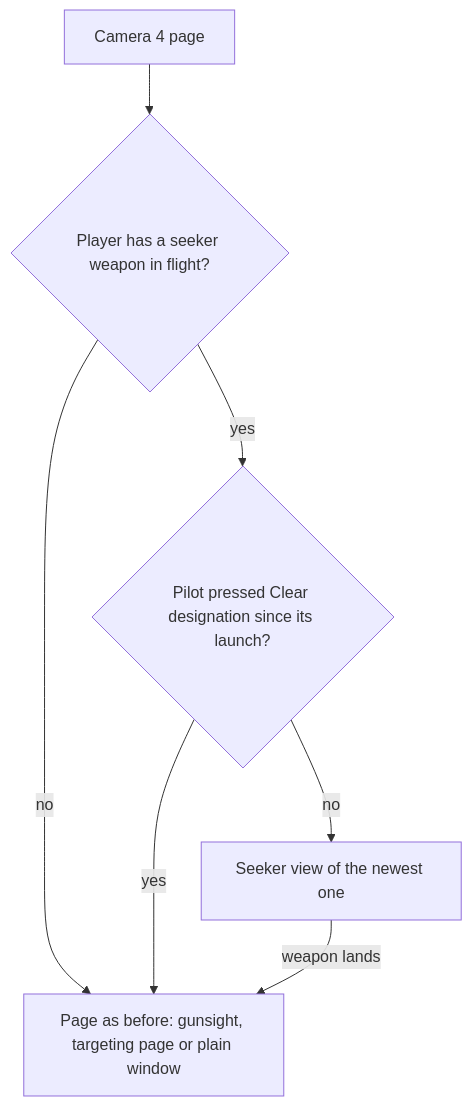
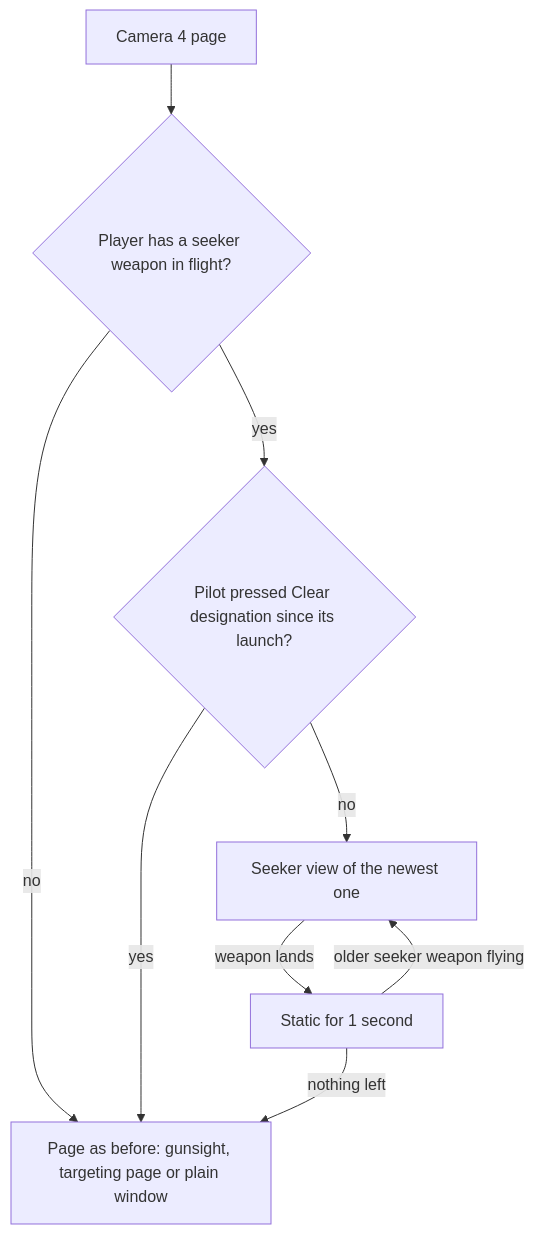
The fourth of 4 diagrams in docs/spec/target-window.md (john-overton/T.O.R.E-Fighters), drawn with Mermaid before and after one commit. The commit also changed other lines of this file and 6 other files, not shown here.

First line of the commit message:
Seeker view: four-bar crosshair, laser bombs, a second of static at the end

````diff
--- a/docs/spec/target-window.md
+++ b/docs/spec/target-window.md
@@ -475,9 +510,11 @@
 ```mermaid
 flowchart TD
     A[Camera 4 page] --> W{Player has a seeker weapon in flight?}
     W -->|no| N[Page as before: gunsight, targeting page or plain window]
     W -->|yes| C{Pilot pressed Clear designation since its launch?}
     C -->|yes| N
     C -->|no| S[Seeker view of the newest one]
-    S -->|weapon lands| N
+    S -->|weapon lands| T[Static for 1 second]
+    T -->|older seeker weapon flying| S
+    T -->|nothing left| N
 ```
````
